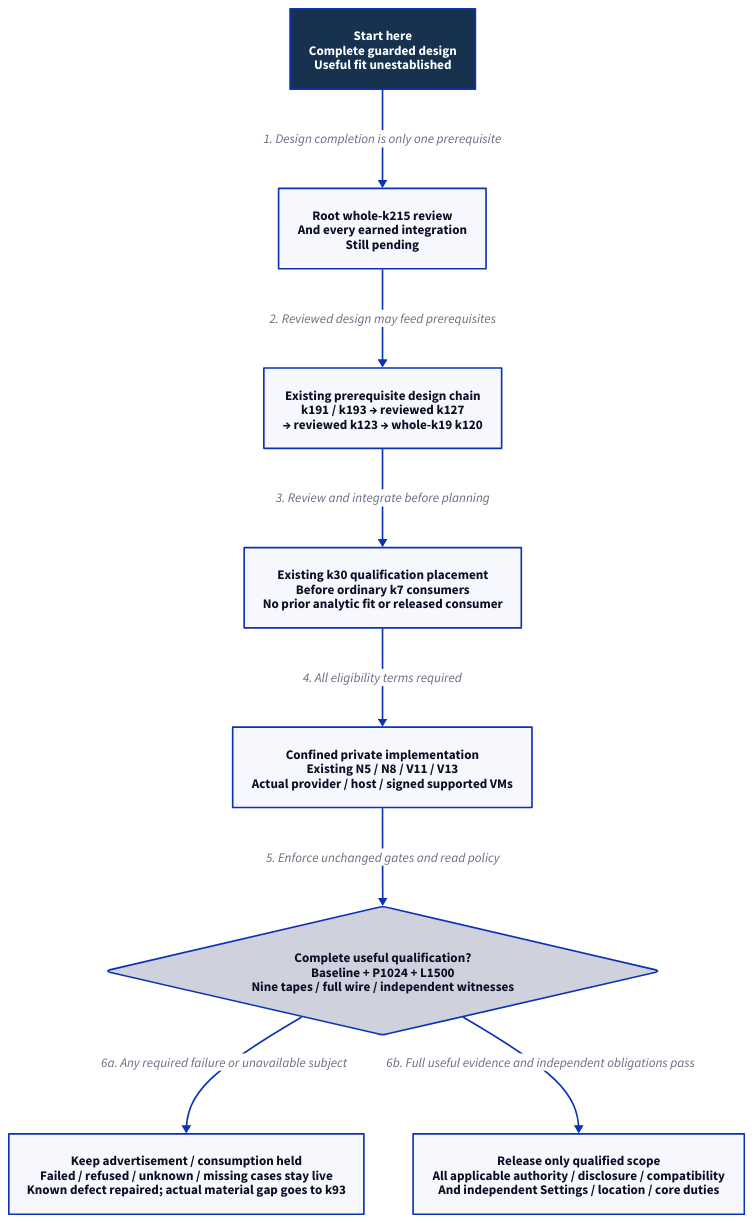
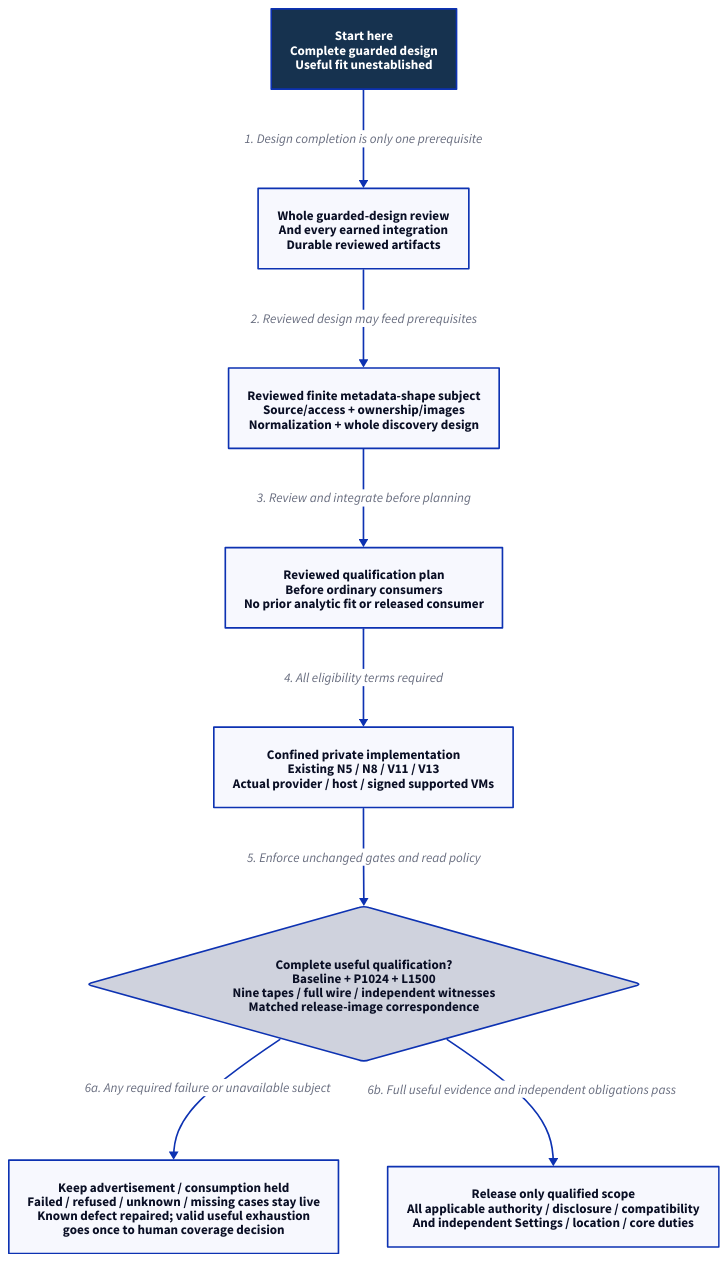
Before and after one commit to Linkuistics/Koine: the diagram in docs/design/architecture/native-metadata-qualification.d2, drawn with D2. The commit also changed 129 other files, not shown here.

Commit message:
Repair private qualification contracts and charter metadata-shape design (application-localized-metadata-k237)

```diff
--- a/docs/design/architecture/native-metadata-qualification.d2
+++ b/docs/design/architecture/native-metadata-qualification.d2
@@ -1,20 +1,20 @@
 direction: down
 start: "Start here\nComplete guarded design\nUseful fit unestablished" {
  style.fill: "#16324f"
  style.font-color: white
  style.bold: true
 }
-whole: "Root whole-k215 review\nAnd every earned integration\nStill pending"
-prereqs: "Existing prerequisite design chain\nk191 / k193 → reviewed k127\n→ reviewed k123 → whole-k19 k120"
-plan: "Existing k30 qualification placement\nBefore ordinary k7 consumers\nNo prior analytic fit or released consumer"
+whole: "Whole guarded-design review\nAnd every earned integration\nDurable reviewed artifacts"
+prereqs: "Reviewed finite metadata-shape subject\nSource/access + ownership/images\nNormalization + whole discovery design"
+plan: "Reviewed qualification plan\nBefore ordinary consumers\nNo prior analytic fit or released consumer"
 private: "Confined private implementation\nExisting N5 / N8 / V11 / V13\nActual provider / host / signed supported VMs"
-evidence: "Complete useful qualification?\nBaseline + P1024 + L1500\nNine tapes / full wire / independent witnesses" { shape: diamond }
-held: "Keep advertisement / consumption held\nFailed / refused / unknown / missing cases stay live\nKnown defect repaired; actual material gap goes to k93"
+evidence: "Complete useful qualification?\nBaseline + P1024 + L1500\nNine tapes / full wire / independent witnesses\nMatched release-image correspondence" { shape: diamond }
+held: "Keep advertisement / consumption held\nFailed / refused / unknown / missing cases stay live\nKnown defect repaired; valid useful exhaustion\ngoes once to human coverage decision"
 release: "Release only qualified scope\nAll applicable authority / disclosure / compatibility\nAnd independent Settings / location / core duties"
 start -> whole: "1. Design completion is only one prerequisite"
 whole -> prereqs: "2. Reviewed design may feed prerequisites"
 prereqs -> plan: "3. Review and integrate before planning"
 plan -> private: "4. All eligibility terms required"
 private -> evidence: "5. Enforce unchanged gates and read policy"
 evidence -> held: "6a. Any required failure or unavailable subject"
 evidence -> release: "6b. Full useful evidence and independent obligations pass"
```
